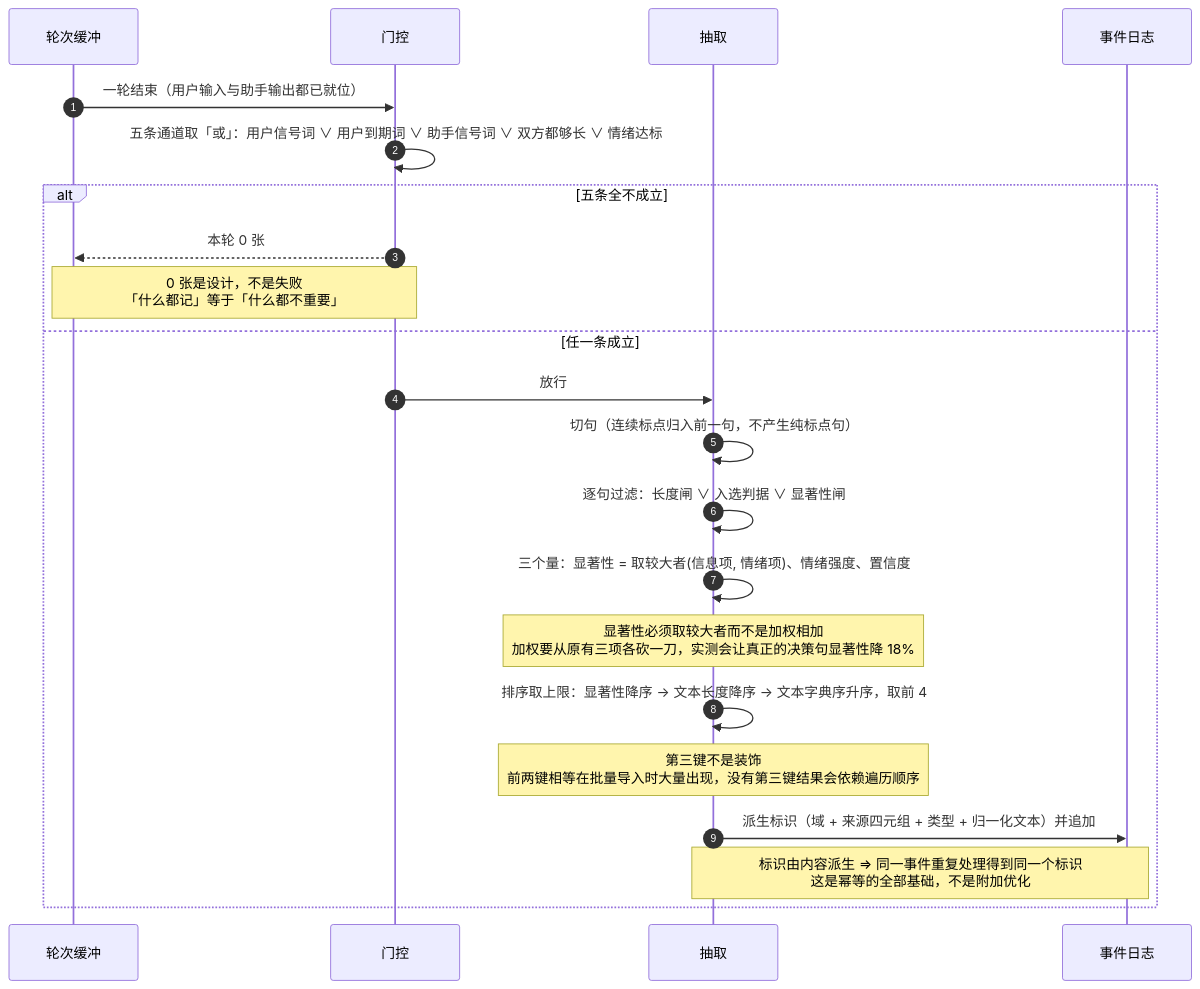
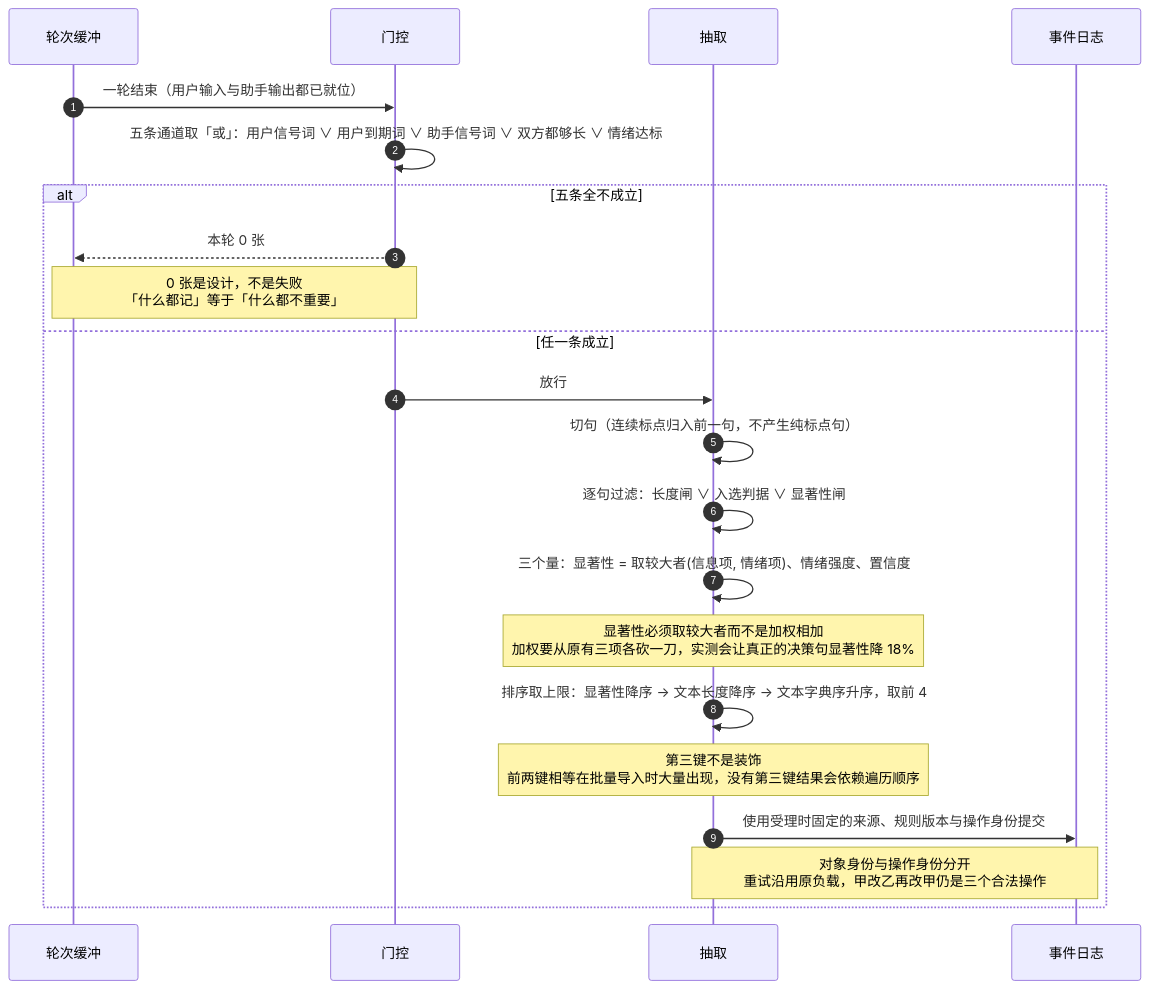
Before and after one commit to liruilong9999/memory: the seventh of 21 diagrams in docs/docs_new/11-时序图与流程图集.md, drawn with Mermaid. The commit also changed other lines of this file and 13 other files, not shown here.

````diff
--- a/docs/docs_new/11-时序图与流程图集.md
+++ b/docs/docs_new/11-时序图与流程图集.md
@@ -332,25 +327,25 @@
 ```mermaid
 sequenceDiagram
     autonumber
     participant 缓冲 as 轮次缓冲
     participant 门控
     participant 抽取
     participant 盘 as 事件日志
 
     缓冲->>门控: 一轮结束（用户输入与助手输出都已就位）
     门控->>门控: 五条通道取「或」：用户信号词 ∨ 用户到期词 ∨ 助手信号词 ∨ 双方都够长 ∨ 情绪达标
     alt 五条全不成立
         门控-->>缓冲: 本轮 0 张
         Note over 门控,缓冲: 0 张是设计，不是失败<br/>「什么都记」等于「什么都不重要」
     else 任一条成立
         门控->>抽取: 放行
         抽取->>抽取: 切句（连续标点归入前一句，不产生纯标点句）
         抽取->>抽取: 逐句过滤：长度闸 ∨ 入选判据 ∨ 显著性闸
         抽取->>抽取: 三个量：显著性 = 取较大者(信息项, 情绪项)、情绪强度、置信度
         Note over 抽取: 显著性必须取较大者而不是加权相加<br/>加权要从原有三项各砍一刀，实测会让真正的决策句显著性降 18%
         抽取->>抽取: 排序取上限：显著性降序 → 文本长度降序 → 文本字典序升序，取前 4
         Note over 抽取: 第三键不是装饰<br/>前两键相等在批量导入时大量出现，没有第三键结果会依赖遍历顺序
-        抽取->>盘: 派生标识（域 + 来源四元组 + 类型 + 归一化文本）并追加
-        Note over 抽取,盘: 标识由内容派生 ⇒ 同一事件重复处理得到同一个标识<br/>这是幂等的全部基础，不是附加优化
+        抽取->>盘: 使用受理时固定的来源、规则版本与操作身份提交
+        Note over 抽取,盘: 对象身份与操作身份分开<br/>重试沿用原负载，甲改乙再改甲仍是三个合法操作
     end
 ```
````
